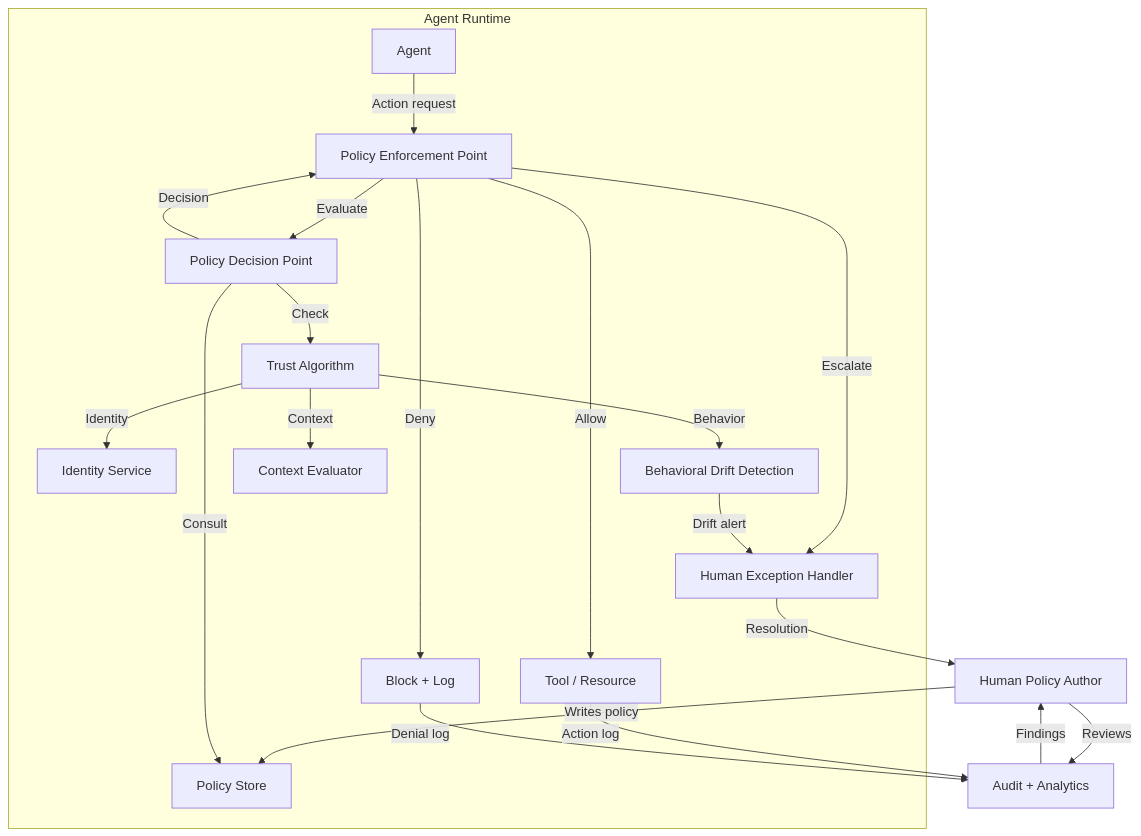
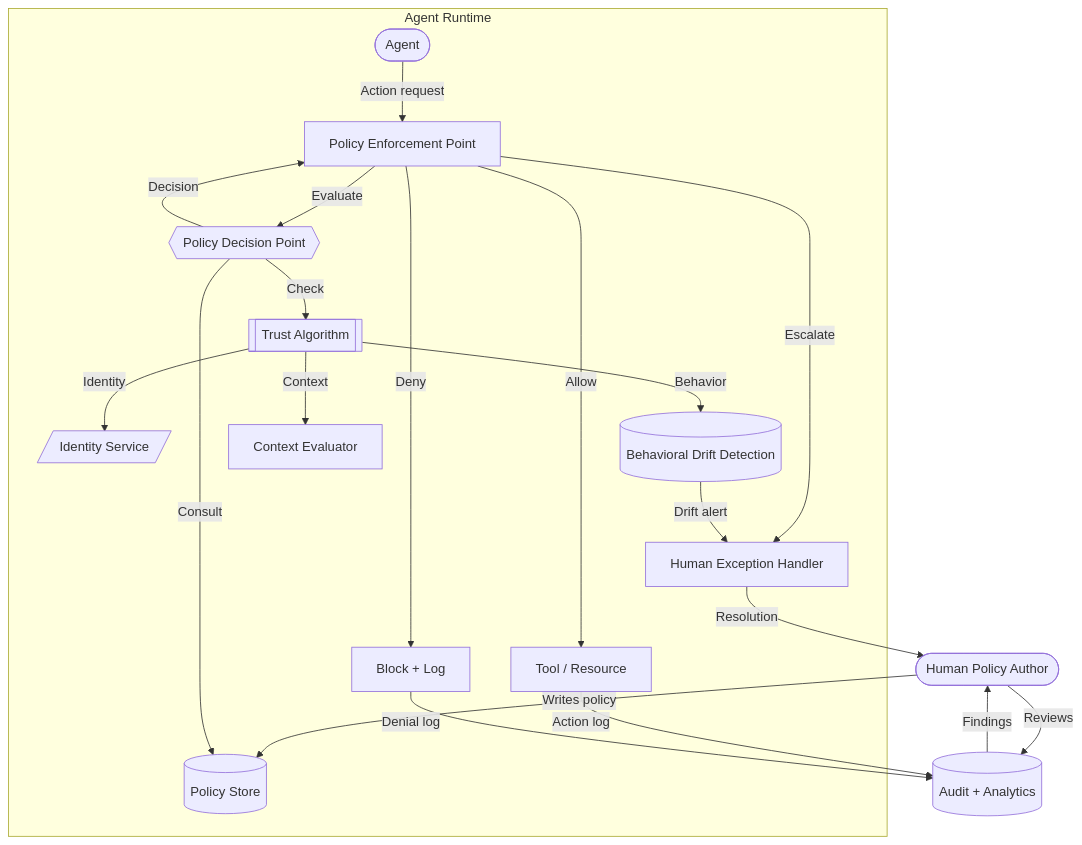
Before and after one commit to CyberdaemonAI/cyberdaemon-site: the fifth of 5 diagrams in src/content/analysis/zt-ai-systems.mdx, drawn with Mermaid. The commit also changed other lines of this file and 23 other files, not shown here.

First line of the commit message:
style(diagrams): retrofit all mermaid diagrams to flowchart syntax site-wide

````diff
--- a/src/content/analysis/zt-ai-systems.mdx
+++ b/src/content/analysis/zt-ai-systems.mdx
@@ -352,25 +351,25 @@
 ```mermaid
-graph TB
-    USER[Human Policy Author] -->|Writes policy| POLICY[Policy Store]
-    USER -->|Reviews| AUDIT[Audit + Analytics]
+flowchart TB
+    USER([Human Policy Author]) -->|Writes policy| POLICY[(Policy Store)]
+    USER -->|Reviews| AUDIT[(Audit + Analytics)]
 
-    subgraph Agent Runtime
-        AGENT[Agent] -->|Action request| PEP[Policy Enforcement Point]
-        PEP -->|Evaluate| PDP[Policy Decision Point]
+    subgraph runtime["Agent Runtime"]
+        AGENT([Agent]) -->|Action request| PEP[Policy Enforcement Point]
+        PEP -->|Evaluate| PDP{{Policy Decision Point}}
         PDP -->|Consult| POLICY
-        PDP -->|Check| TRUST[Trust Algorithm]
-        TRUST -->|Identity| ID_SVC[Identity Service]
-        TRUST -->|Behavior| BDD[Behavioral Drift Detection]
+        PDP -->|Check| TRUST[[Trust Algorithm]]
+        TRUST -->|Identity| ID_SVC[/Identity Service/]
+        TRUST -->|Behavior| BDD[(Behavioral Drift Detection)]
         TRUST -->|Context| CTX_SVC[Context Evaluator]
         PDP -->|Decision| PEP
         PEP -->|Allow| TOOL[Tool / Resource]
         PEP -->|Deny| BLOCK[Block + Log]
         PEP -->|Escalate| ESC[Human Exception Handler]
     end
 
     TOOL -->|Action log| AUDIT
     BLOCK -->|Denial log| AUDIT
     ESC -->|Resolution| USER
     BDD -->|Drift alert| ESC
     AUDIT -->|Findings| USER
 ```
````
